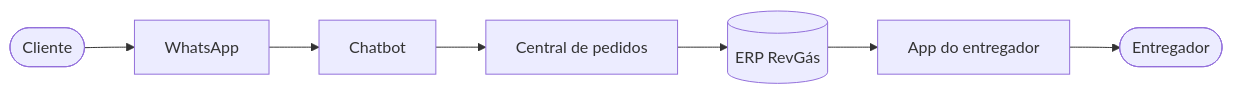
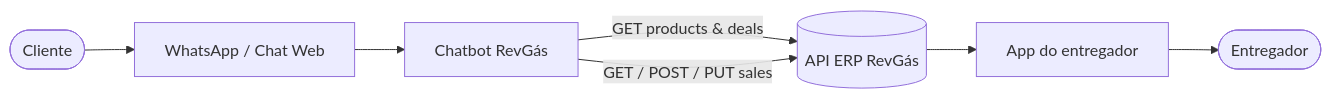
Before and after one commit to DEVsavin/ChatBot---RevGas: the first of 2 diagrams in README.md, drawn with Mermaid. The commit also changed other lines of this file and 48 other files, not shown here.

Commit message:
feat: integracao 100% API real RevGas, monitor em tempo real e melhorias de fluxo

````diff
--- a/README.md
+++ b/README.md
@@ -89,9 +102,9 @@
 ```mermaid
 flowchart LR
-    A([Cliente]) --> B[WhatsApp]
-    B --> C[Chatbot]
-    C --> D[Central de pedidos]
-    D --> E[(ERP RevGás)]
+    A([Cliente]) --> B[WhatsApp / Chat Web]
+    B --> C[Chatbot RevGás]
+    C -->|GET products & deals| E[(API ERP RevGás)]
+    C -->|GET / POST / PUT sales| E
     E --> F[App do entregador]
     F --> G([Entregador])
 ```
````
